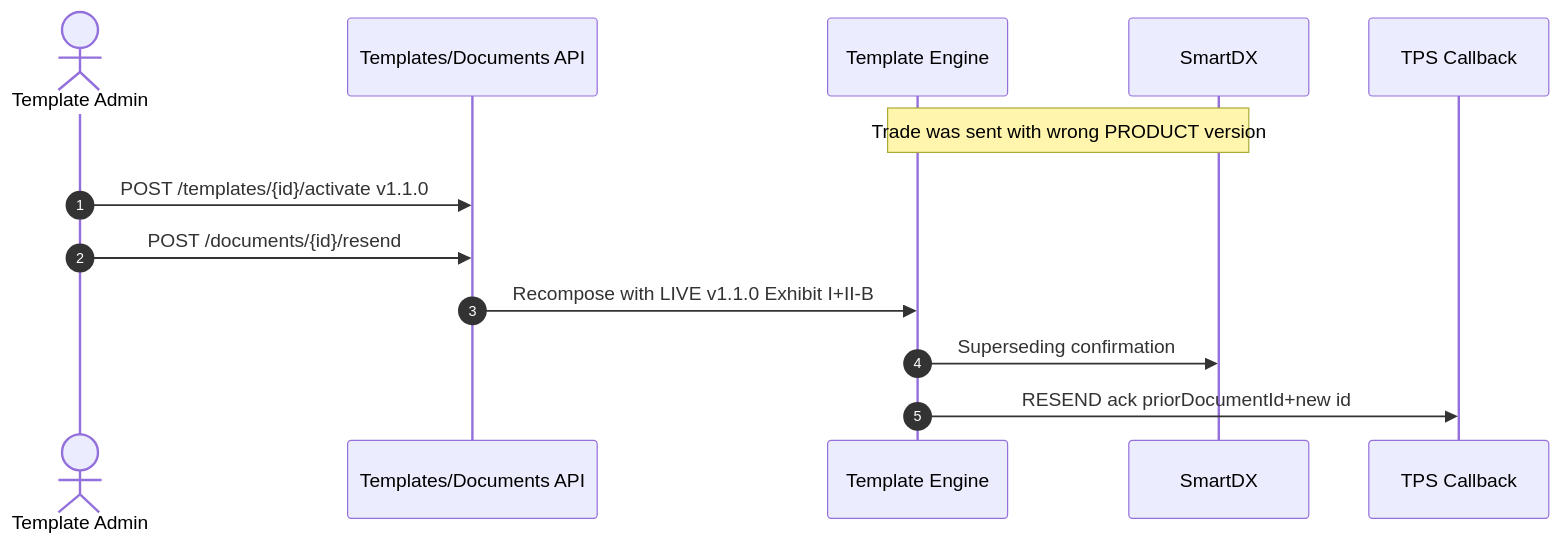
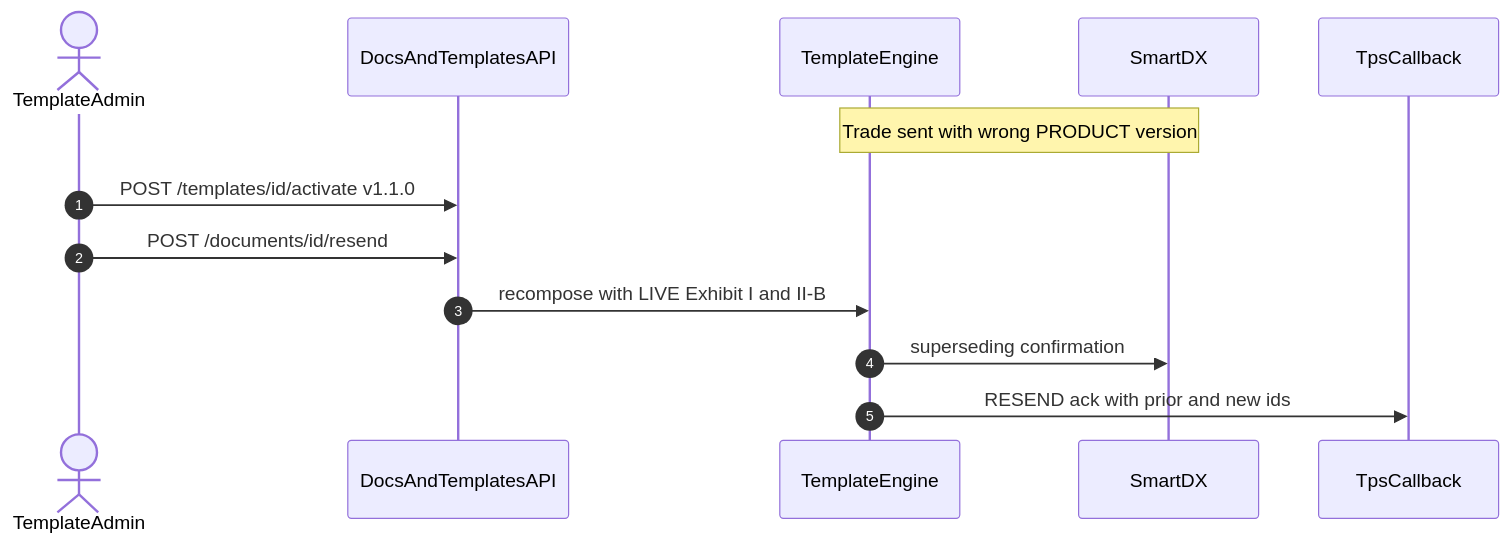
The ninth of 12 diagrams in docs/prd-cdu-ps-v1.md (dae-nan/con4m8ions), drawn with Mermaid before and after one commit. The commit also changed other lines of this file and 3 other files, not shown here.

First line of the commit message:
PRD v1.2: state diagrams, mermaid fix, LDM reconcile (CON-5)

````diff
--- a/docs/prd-cdu-ps-v1.md
+++ b/docs/prd-cdu-ps-v1.md
@@ -443,16 +505,16 @@
 ```mermaid
 sequenceDiagram
   autonumber
-  actor Admin as Template Admin
-  participant API as Templates/Documents API
-  participant Eng as Template Engine
+  actor Admin as TemplateAdmin
+  participant API as DocsAndTemplatesAPI
+  participant Eng as TemplateEngine
   participant SDX as SmartDX
-  participant CB as TPS Callback
+  participant CB as TpsCallback
 
-  Note over Eng,SDX: Trade was sent with wrong PRODUCT version
-  Admin->>API: POST /templates/{id}/activate v1.1.0
-  Admin->>API: POST /documents/{id}/resend
-  API->>Eng: Recompose with LIVE v1.1.0 Exhibit I+II-B
-  Eng->>SDX: Superseding confirmation
-  Eng->>CB: RESEND ack priorDocumentId+new id
+  Note over Eng,SDX: Trade sent with wrong PRODUCT version
+  Admin->>API: POST /templates/id/activate v1.1.0
+  Admin->>API: POST /documents/id/resend
+  API->>Eng: recompose with LIVE Exhibit I and II-B
+  Eng->>SDX: superseding confirmation
+  Eng->>CB: RESEND ack with prior and new ids
 ```
````
